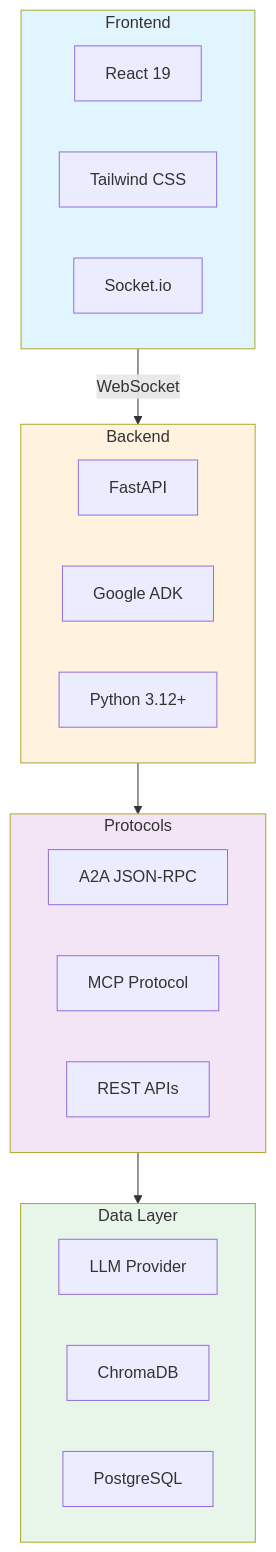
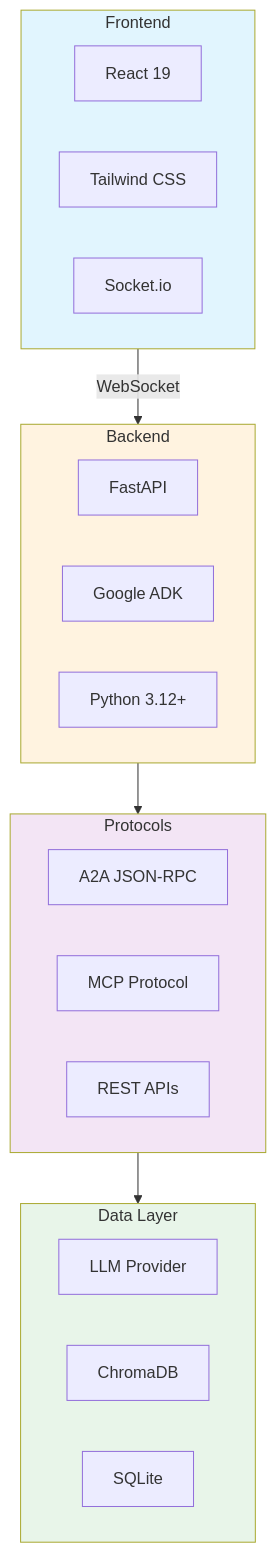
The eighth of 8 diagrams in README.md (sudhamanc/ConversationalSalesAgent), drawn with Mermaid before and after one commit. The commit also changed other lines of this file and 1 other file, not shown here.

Commit message:
Update DB references from PostgreSQL to SQLite across project

````diff
--- a/README.md
+++ b/README.md
@@ -609,35 +609,35 @@
 ```mermaid
 graph TB
     subgraph FE[Frontend]
         React[React 19]
         Tailwind[Tailwind CSS]
         Socket[Socket.io]
     end
     
     subgraph BE[Backend]
         FastAPI2[FastAPI]
         ADK2[Google ADK]
         Python2[Python 3.12+]
     end
     
     subgraph PROTO[Protocols]
         A2A2[A2A JSON-RPC]
         MCP2[MCP Protocol]
         REST2[REST APIs]
     end
     
     subgraph DATA[Data Layer]
         LLM2[LLM Provider]
         Chroma2[ChromaDB]
-        PG2[PostgreSQL]
+        PG2[SQLite]
     end
     
     FE -->|WebSocket| BE
     BE --> PROTO
     PROTO --> DATA
 
     style FE fill:#e1f5fe
     style BE fill:#fff3e0
     style PROTO fill:#f3e5f5
     style DATA fill:#e8f5e9
 ```
````
